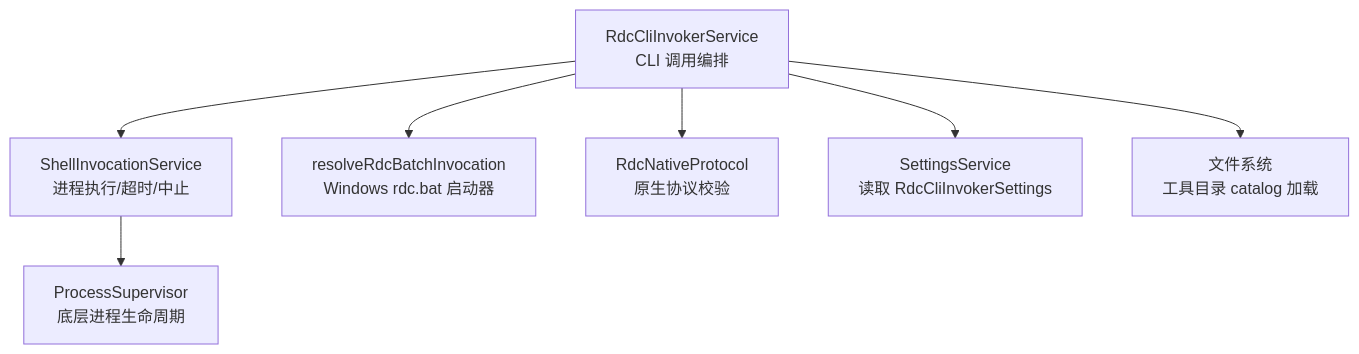
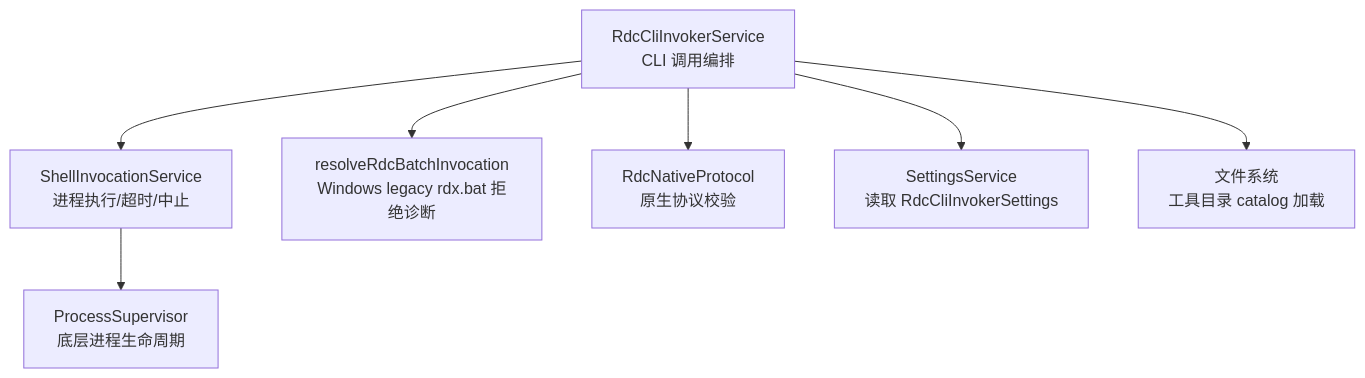
One commit to haolange/RDC-Agent changed the first of 5 diagrams in .qoder/repowiki/zh/content/API 参考/工具 API/CLI 工具接口.md. Above: the diagram before and after it, drawn with Mermaid. The commit also changed other lines of this file and 18 other files, not shown here.

````diff
--- a/.qoder/repowiki/zh/content/API 参考/工具 API/CLI 工具接口.md
+++ b/.qoder/repowiki/zh/content/API 参考/工具 API/CLI 工具接口.md
@@ -31,9 +31,9 @@
 ```mermaid
 graph TB
 A["RdcCliInvokerService<br/>CLI 调用编排"] --> B["ShellInvocationService<br/>进程执行/超时/中止"]
-A --> C["resolveRdcBatchInvocation<br/>Windows rdc.bat 启动器"]
+A --> C["resolveRdcBatchInvocation<br/>Windows legacy rdx.bat 拒绝诊断"]
 A --> D["RdcNativeProtocol<br/>原生协议校验"]
 A --> E["SettingsService<br/>读取 RdcCliInvokerSettings"]
 A --> F["文件系统<br/>工具目录 catalog 加载"]
 B --> G["ProcessSupervisor<br/>底层进程生命周期"]
 ```
````
